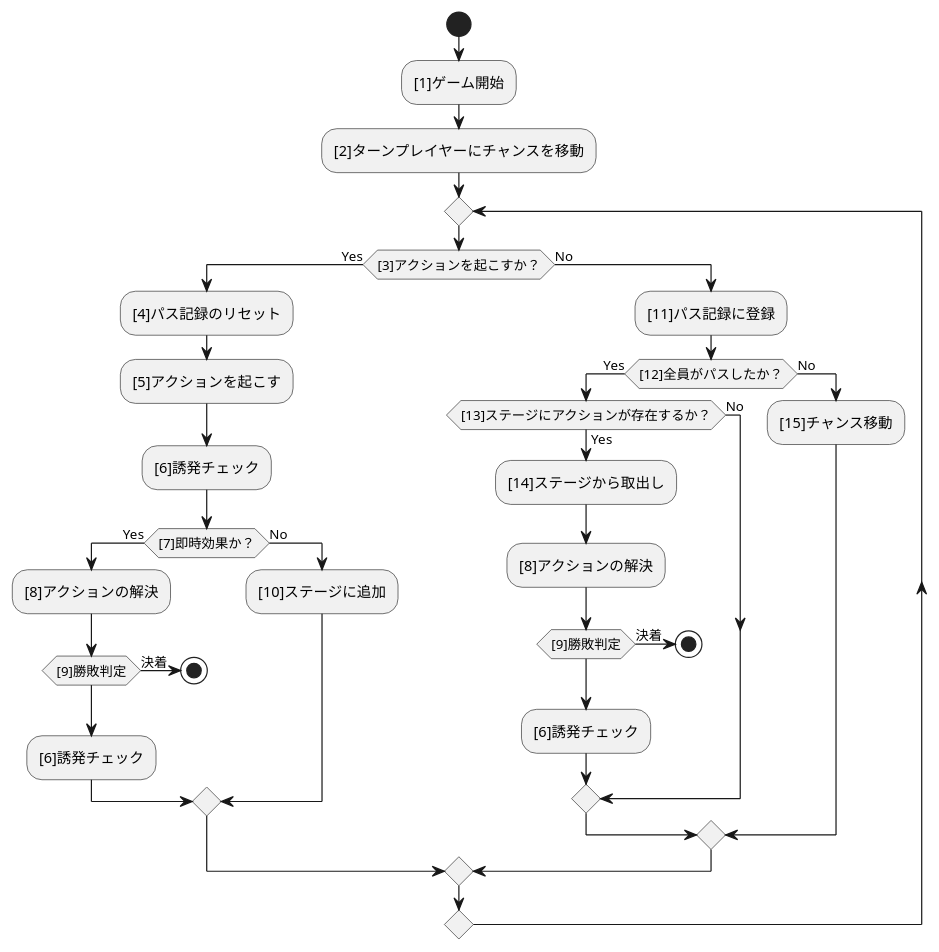
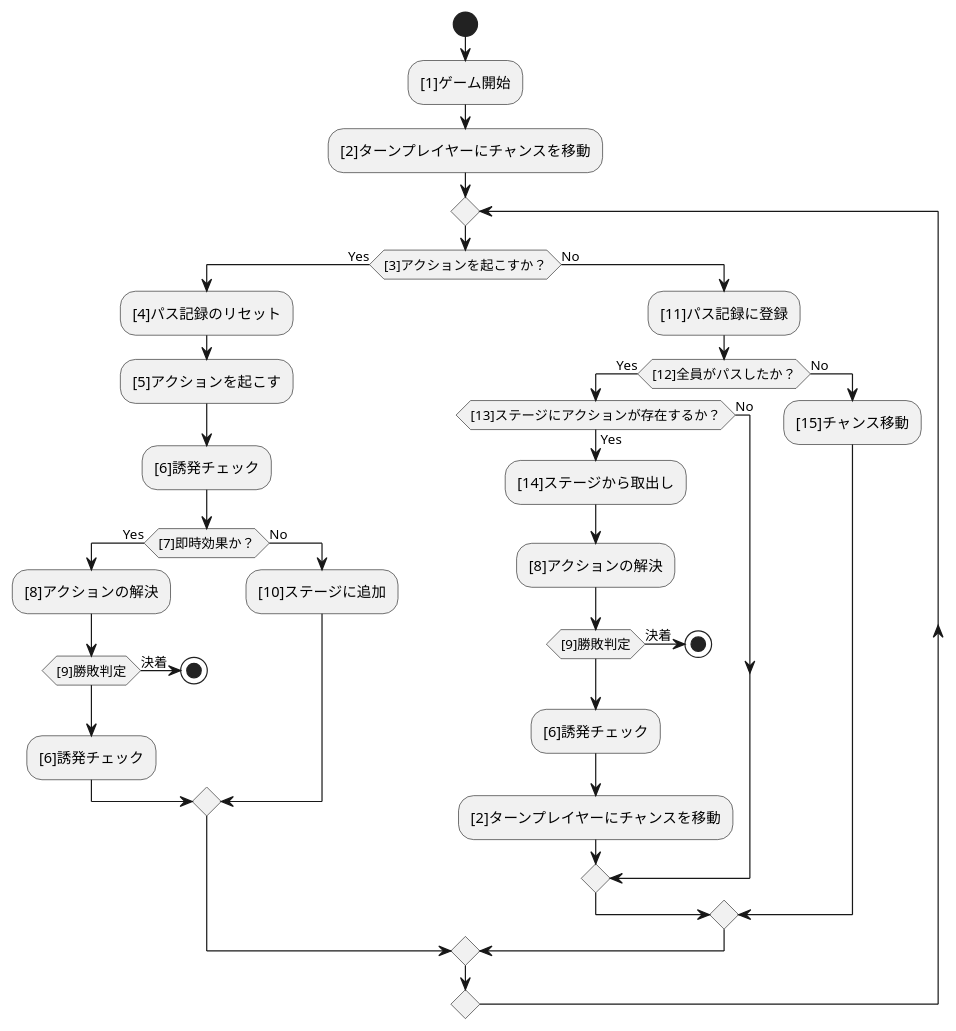
One commit to BlackPoker/BlackPoker changed the diagram in source/core/coreflow.puml. Above: the diagram before and after it, drawn with PlantUML.

Commit message:
[2]ターンプレイヤーにチャンスを移動を追加

```diff
--- a/source/core/coreflow.puml
+++ b/source/core/coreflow.puml
@@ -1,36 +1,37 @@
 @startuml
 start
 :[1]ゲーム開始;
 :[2]ターンプレイヤーにチャンスを移動;
 repeat
 if ([3]アクションを起こすか？) then (Yes)
     :[4]パス記録のリセット;
     :[5]アクションを起こす;
     :[6]誘発チェック;
     if ([7]即時効果か？) then (Yes)
         :[8]アクションの解決;
         if ([9]勝敗判定) then (決着)
             stop
         endif
         :[6]誘発チェック;
     else (No)
         :[10]ステージに追加;
     endif
 else (No)
     :[11]パス記録に登録;
     if ([12]全員がパスしたか？) then (Yes)
         if ([13]ステージにアクションが存在するか？) then (Yes)
             :[14]ステージから取出し;
             :[8]アクションの解決;
             if ([9]勝敗判定) then (決着)
                 stop
             endif
             :[6]誘発チェック;
+            :[2]ターンプレイヤーにチャンスを移動;
         else (No)
         endif
     else (No)
         :[15]チャンス移動;
     endif
 endif
 repeat while()
 @enduml
```
